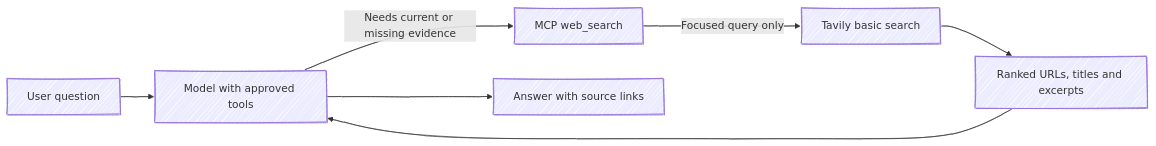
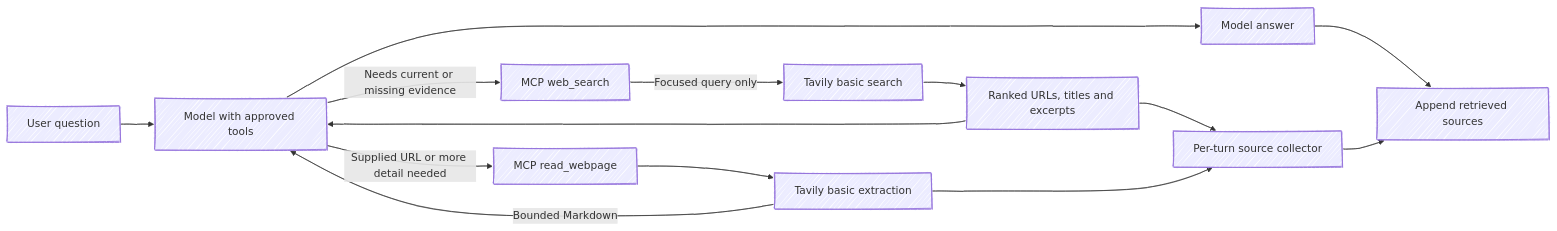
One commit to khuongpham1995/MyAIAgent changed the third of 4 diagrams in docs/architecture.md. Above: the diagram before and after it, drawn with Mermaid. The commit also changed other lines of this file and 33 other files, not shown here.

First line of the commit message:
feat(mcp)!: focus tools on bounded web research

````diff
--- a/docs/architecture.md
+++ b/docs/architecture.md
@@ -84,13 +84,20 @@
 ```mermaid
 ---
 config:
   look: handDrawn
 ---
 flowchart LR
     Q[User question] --> M[Model with approved tools]
     M -->|Needs current or missing evidence| W[MCP web_search]
     W -->|Focused query only| T[Tavily basic search]
     T --> E[Ranked URLs, titles and excerpts]
     E --> M
-    M --> A[Answer with source links]
+    M -->|Supplied URL or more detail needed| R[MCP read_webpage]
+    R --> X[Tavily basic extraction]
+    X -->|Bounded Markdown| M
+    E --> S[Per-turn source collector]
+    X --> S
+    M --> A[Model answer]
+    A --> F[Append retrieved sources]
+    S --> F
 ```
````
